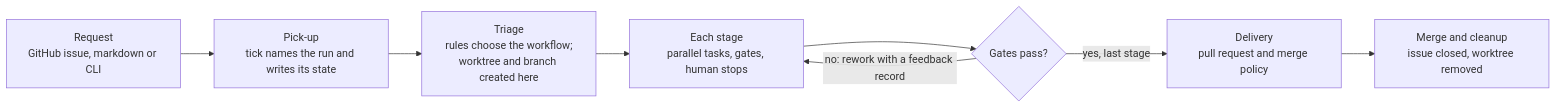
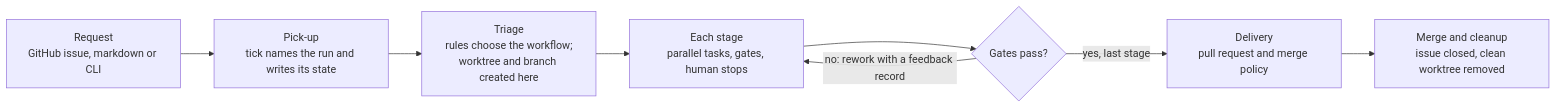
The second of 2 diagrams in docs/design/phase-1.md (plaktoz/factory), drawn with Mermaid before and after one commit. The commit also changed other lines of this file and 45 other files, not shown here.

````diff
--- a/docs/design/phase-1.md
+++ b/docs/design/phase-1.md
@@ -84,10 +88,10 @@
 ```mermaid
 flowchart LR
   req["Request<br/>GitHub issue, markdown or CLI"] --> pick["Pick-up<br/>tick names the run and writes its state"]
   pick --> tri["Triage<br/>rules choose the workflow;<br/>worktree and branch created here"]
   tri --> stage["Each stage<br/>parallel tasks, gates, human stops"]
   stage --> gate{"Gates pass?"}
   gate -->|"no: rework with a feedback record"| stage
   gate -->|"yes, last stage"| del["Delivery<br/>pull request and merge policy"]
-  del --> done["Merge and cleanup<br/>issue closed, worktree removed"]
+  del --> done["Merge and cleanup<br/>issue closed, clean worktree removed"]
 ```
````
